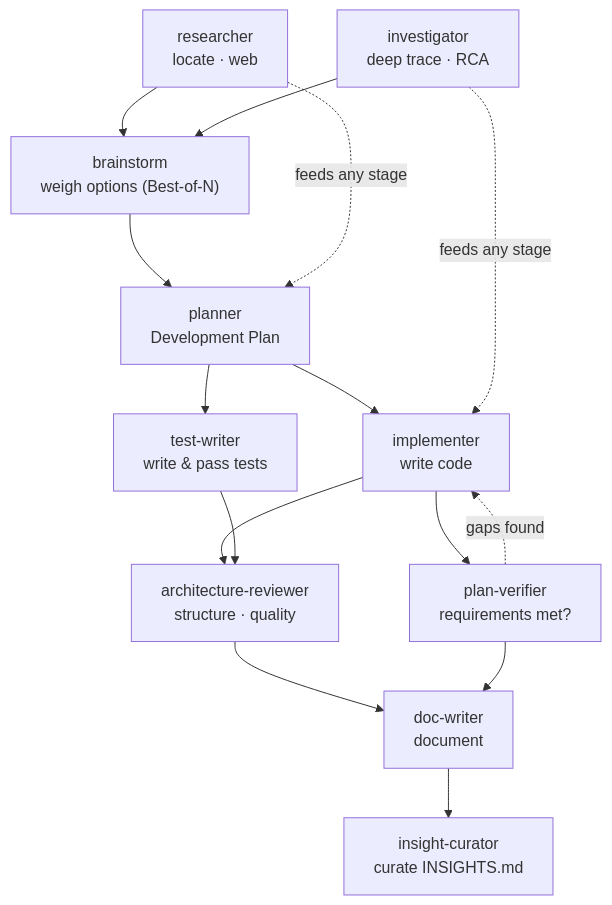
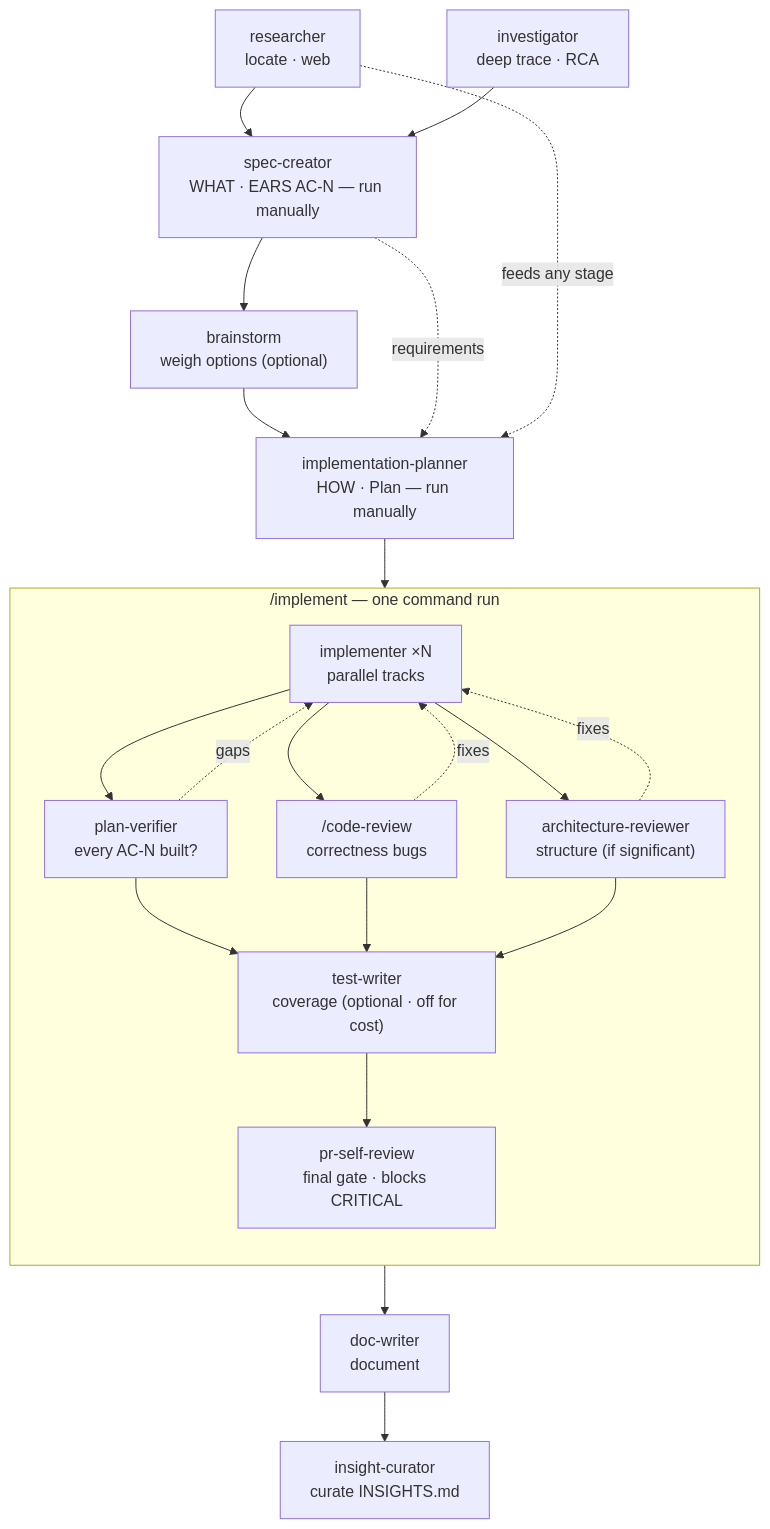
One commit to irinazagrebelnaya6/dev-digest changed the diagram in .claude/agents/README.md. Above: the diagram before and after it, drawn with Mermaid. The commit also changed other lines of this file and 11 other files, not shown here.

First line of the commit message:
feat(sdd): spec-creator agent, /implement command, SPEC-01 + plan

````diff
--- a/.claude/agents/README.md
+++ b/.claude/agents/README.md
@@ -34,28 +47,42 @@
 ```mermaid
 flowchart TD
     researcher["researcher<br/>locate · web"]
     investigator["investigator<br/>deep trace · RCA"]
-    brainstorm["brainstorm<br/>weigh options (Best-of-N)"]
-    planner["planner<br/>Development Plan"]
-    implementer["implementer<br/>write code"]
-    testwriter["test-writer<br/>write &amp; pass tests"]
-    archreviewer["architecture-reviewer<br/>structure · quality"]
-    planverifier["plan-verifier<br/>requirements met?"]
+    speccreator["spec-creator<br/>WHAT · EARS AC-N — run manually"]
+    brainstorm["brainstorm<br/>weigh options (optional)"]
+    implplanner["implementation-planner<br/>HOW · Plan — run manually"]
+
+    subgraph implement["/implement — one command run"]
+        direction TB
+        implementer["implementer ×N<br/>parallel tracks"]
+        planverifier["plan-verifier<br/>every AC-N built?"]
+        codereview["/code-review<br/>correctness bugs"]
+        archreviewer["architecture-reviewer<br/>structure (if significant)"]
+        testwriter["test-writer<br/>coverage (optional · off for cost)"]
+        prselfreview["pr-self-review<br/>final gate · blocks CRITICAL"]
+
+        implementer --> planverifier
+        implementer --> codereview
+        implementer --> archreviewer
+        planverifier -. gaps .-> implementer
+        codereview -. fixes .-> implementer
+        archreviewer -. fixes .-> implementer
+        planverifier --> testwriter
+        codereview --> testwriter
+        archreviewer --> testwriter
+        testwriter --> prselfreview
+    end
+
     docwriter["doc-writer<br/>document"]
     curator["insight-curator<br/>curate INSIGHTS.md"]
 
-    researcher --> brainstorm
-    investigator --> brainstorm
-    brainstorm --> planner
-    planner --> implementer
-    planner --> testwriter
-    implementer --> archreviewer
-    testwriter --> archreviewer
-    implementer --> planverifier
-    archreviewer --> docwriter
-    planverifier --> docwriter
+    researcher --> speccreator
+    investigator --> speccreator
+    speccreator --> brainstorm
+    brainstorm --> implplanner
+    speccreator -. requirements .-> implplanner
+    implplanner --> implementer
+    prselfreview --> docwriter
     docwriter --> curator
-    planverifier -. gaps found .-> implementer
-    researcher -. feeds any stage .-> planner
-    investigator -. feeds any stage .-> implementer
+    researcher -. feeds any stage .-> implplanner
 ```
````
